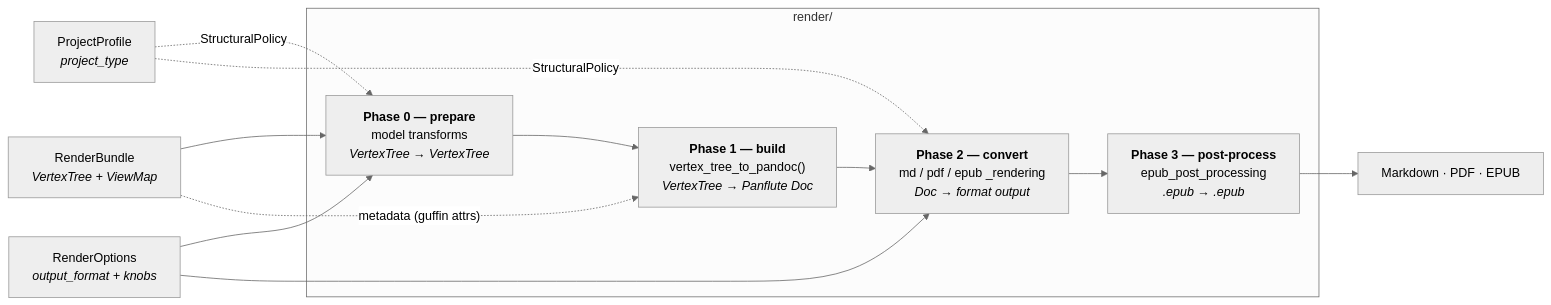
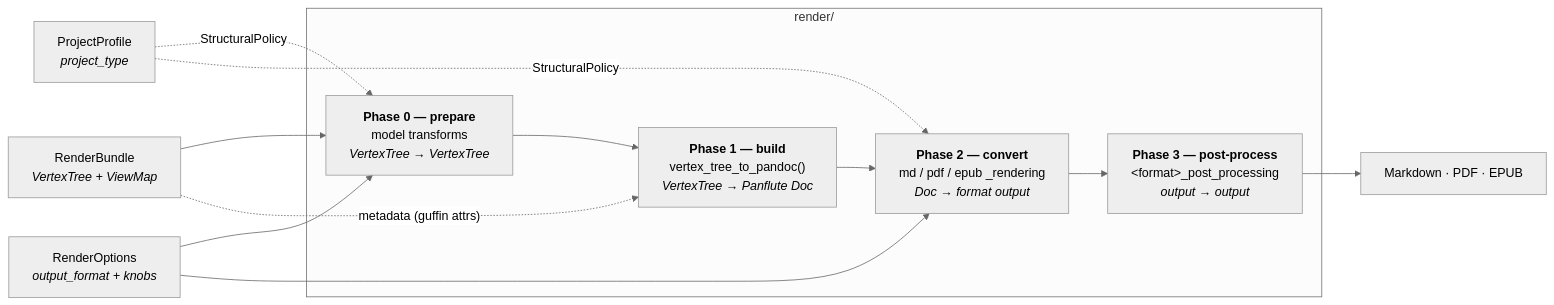
The diagram in docs/render-pipeline.md (jpanico/guffin), drawn with Mermaid (neutral theme) before and after one commit. The commit also changed other lines of this file and 4 other files, not shown here.

First line of the commit message:
Enforce post-processing module segregation per output format

````diff
--- a/docs/render-pipeline.md
+++ b/docs/render-pipeline.md
@@ -18,24 +18,24 @@
 ```mermaid
 flowchart LR
     VB["RenderBundle<br/><i>VertexTree + ViewMap</i>"]
     PP["ProjectProfile<br/><i>project_type</i>"]
     RO["RenderOptions<br/><i>output_format + knobs</i>"]
 
     subgraph render["render/"]
       P0["<b>Phase 0 — prepare</b><br/>model transforms<br/><i>VertexTree → VertexTree</i>"]
       P1["<b>Phase 1 — build</b><br/>vertex_tree_to_pandoc()<br/><i>VertexTree → Panflute Doc</i>"]
       P2["<b>Phase 2 — convert</b><br/>md / pdf / epub _rendering<br/><i>Doc → format output</i>"]
-      P3["<b>Phase 3 — post-process</b><br/>epub_post_processing<br/><i>.epub → .epub</i>"]
+      P3["<b>Phase 3 — post-process</b><br/>&lt;format&gt;_post_processing<br/><i>output → output</i>"]
     end
 
     VB --> P0
     VB -. "metadata (guffin attrs)" .-> P1
     PP -. "StructuralPolicy" .-> P0
     PP -. "StructuralPolicy" .-> P2
     RO --> P0
     RO --> P2
     P0 --> P1
     P1 --> P2
     P2 --> P3
     P3 --> OUT["Markdown · PDF · EPUB"]
 ```
````
